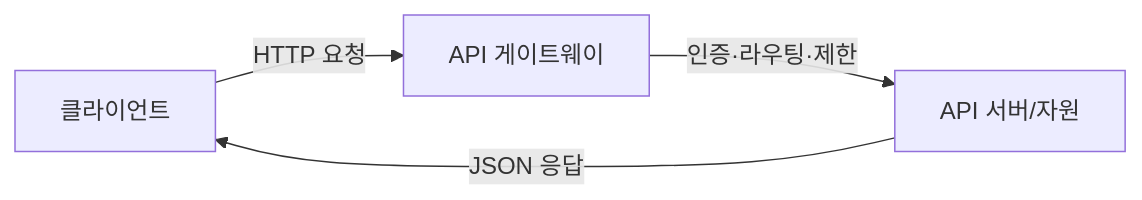
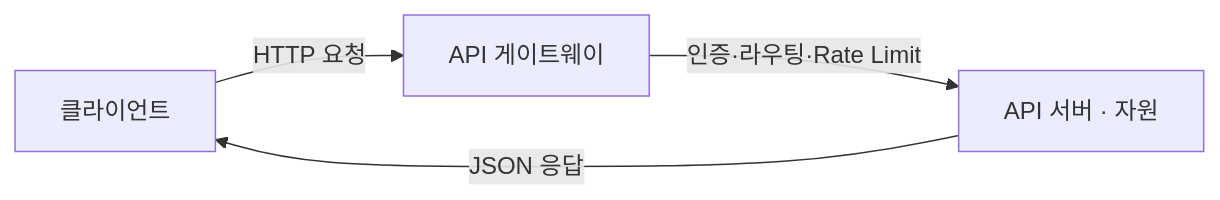
The diagram in content/open-api.md (coninggu/wjdqhrhksflrltnftk), drawn with Mermaid before and after one commit. The commit also changed other lines of this file and 6 other files, not shown here.

````diff
--- a/content/open-api.md
+++ b/content/open-api.md
@@ -27,6 +34,6 @@
 ```mermaid
 flowchart LR
   C[클라이언트] -->|HTTP 요청| G[API 게이트웨이]
-  G -->|인증·라우팅·제한| S[API 서버/자원]
+  G -->|인증·라우팅·Rate Limit| S[API 서버 · 자원]
   S -->|JSON 응답| C
 ```
````
